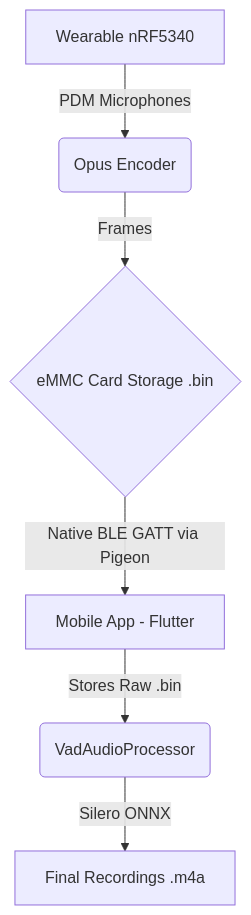
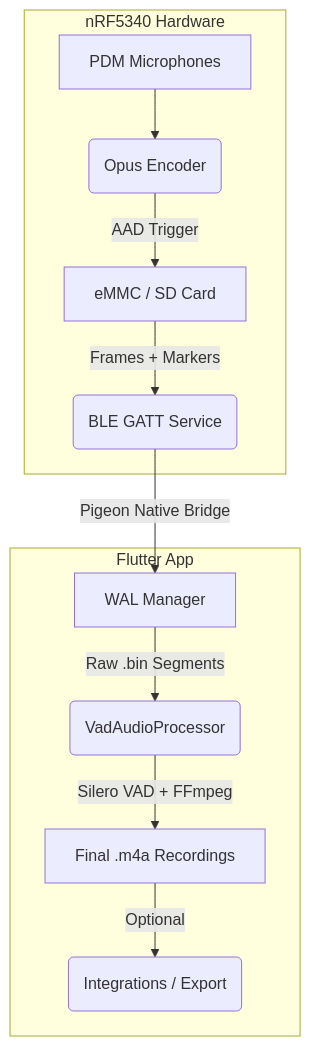
Before and after one commit to john-gitdev/omi-offline: the diagram in README.md, drawn with Mermaid. The commit also changed other lines of this file, not shown here.

````diff
--- a/README.md
+++ b/README.md
@@ -32,8 +42,15 @@
 ```mermaid
 graph TD
-    A[Wearable nRF5340] -->|PDM Microphones| B(Opus Encoder)
-    B -->|Frames| C{eMMC Card Storage .bin}
-    C -->|Native BLE GATT via Pigeon| D[Mobile App - Flutter]
-    D -->|Stores Raw .bin| E(VadAudioProcessor)
-    E -->|Silero ONNX| F[Final Recordings .m4a]
+    subgraph Wearable [nRF5340 Hardware]
+        A[PDM Microphones] --> B(Opus Encoder)
+        B -->|AAD Trigger| C[eMMC / SD Card]
+        C -->|Frames + Markers| D(BLE GATT Service)
+    end
+
+    subgraph Mobile [Flutter App]
+        D -->|Pigeon Native Bridge| E[WAL Manager]
+        E -->|Raw .bin Segments| F(VadAudioProcessor)
+        F -->|Silero VAD + FFmpeg| G[Final .m4a Recordings]
+        G -->|Optional| H(Integrations / Export)
+    end
 ```
````
